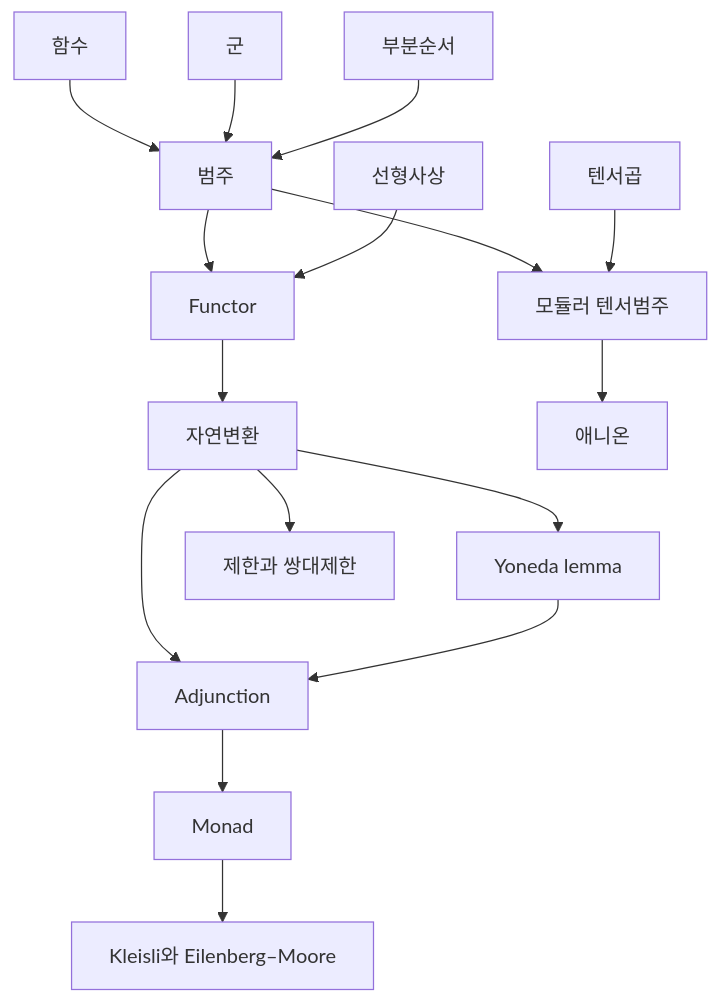
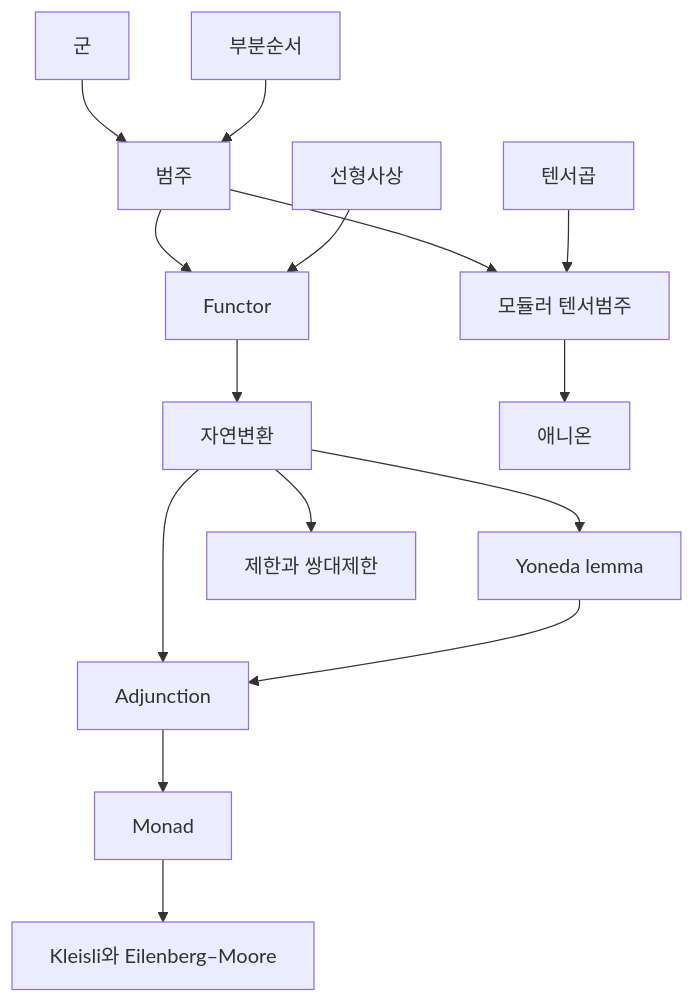
One commit to Phryxia/math-map changed the diagram in docs/category-theory-overview.md. Above: the diagram before and after it, drawn with Mermaid. The commit also changed 2 other files, not shown here.

Commit message:
drop three more map arrows that are not real edges
category-theory-overview 의 "함수 -> 범주", computation-overview 의
"증명 -> 계산 가능성", machine-learning-overview 의 "기계학습 개관 ->
변분 오토인코더" 를 지웠다. 세 자식 다 실제 부모에서 오는 화살표를
이미 받고 있다. 지운 줄에 있던 라벨 정의는 남은 화살표로 옮겼다.
개관 21 개의 화살표 387 개가 이제 모두 실제 간선이다.

Claude-Session: https://claude.ai/code/session_01E5JsbtKZotuEps2UNJbFaD

````diff
--- a/docs/category-theory-overview.md
+++ b/docs/category-theory-overview.md
@@ -13,18 +13,17 @@
 ```mermaid
 graph TD
-  FN["함수"] --> CA["범주"]
-  GP["군"] --> CA
+  GP["군"] --> CA["범주"]
   PO["부분순서"] --> CA
   CA --> FU["Functor"]
   LM["선형사상"] --> FU
   FU --> NT["자연변환"]
   NT --> YL["Yoneda lemma"]
   NT --> LC["제한과 쌍대제한"]
   NT --> AD["Adjunction"]
   YL --> AD
   AD --> MO["Monad"]
   MO --> KE["Kleisli와 Eilenberg–Moore"]
   CA --> MT["모듈러 텐서범주"]
   TP["텐서곱"] --> MT
   MT --> AN["애니온"]
 ```
````
